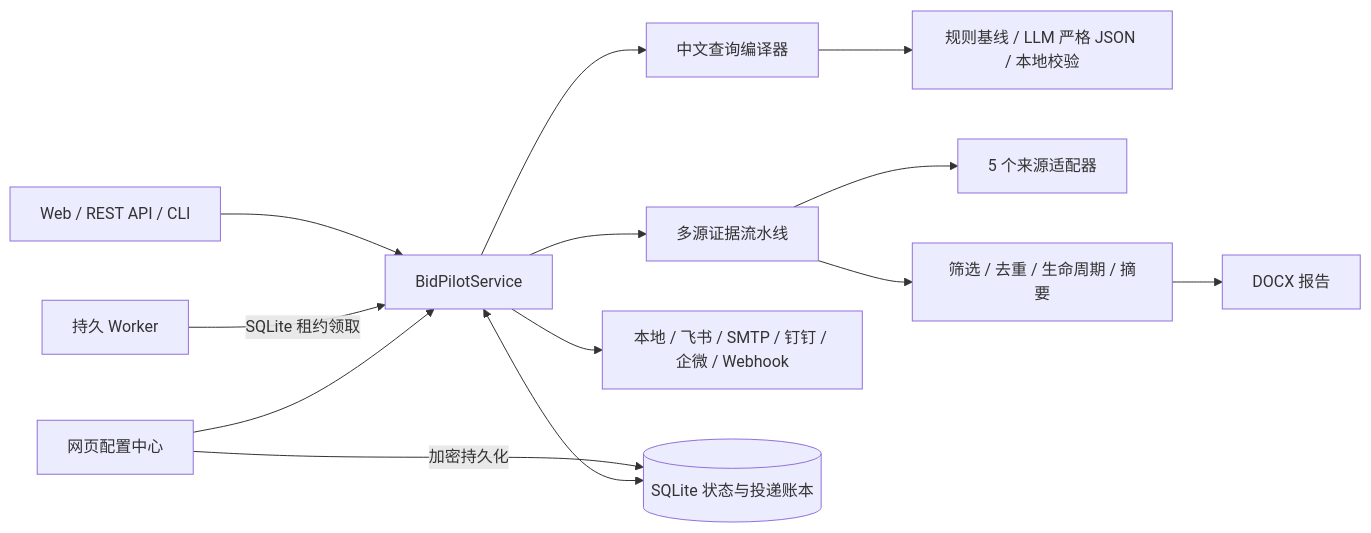
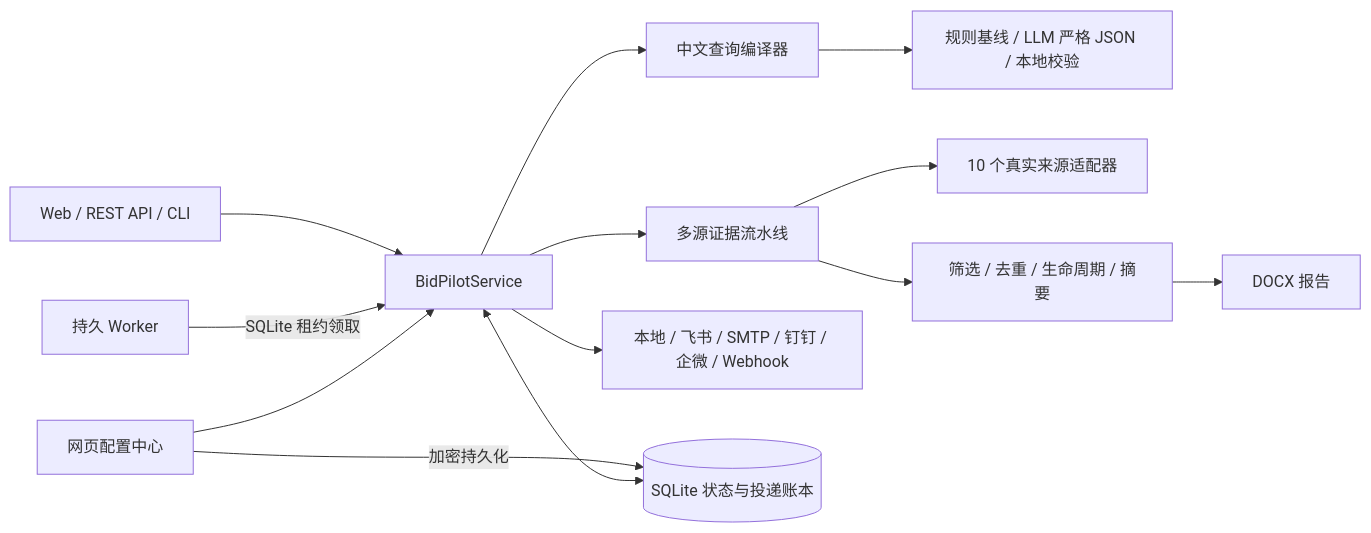
Before and after one commit to gitchw/bidpilot: the diagram in README.md, drawn with Mermaid. The commit also changed other lines of this file and 9 other files, not shown here.

````diff
--- a/README.md
+++ b/README.md
@@ -29,15 +32,15 @@
 ```mermaid
 flowchart LR
     U["Web / REST API / CLI"] --> S["BidPilotService"]
     W["持久 Worker"] -->|"SQLite 租约领取"| S
     S --> Q["中文查询编译器"]
     Q --> H["规则基线 / LLM 严格 JSON / 本地校验"]
     S --> P["多源证据流水线"]
-    P --> A["5 个来源适配器"]
+    P --> A["10 个真实来源适配器"]
     P --> N["筛选 / 去重 / 生命周期 / 摘要"]
     N --> R["DOCX 报告"]
     S --> D["本地 / 飞书 / SMTP / 钉钉 / 企微 / Webhook"]
     C["网页配置中心"] -->|"加密持久化"| DB
     C --> S
     S <--> DB[("SQLite 状态与投递账本")]
 ```
````
